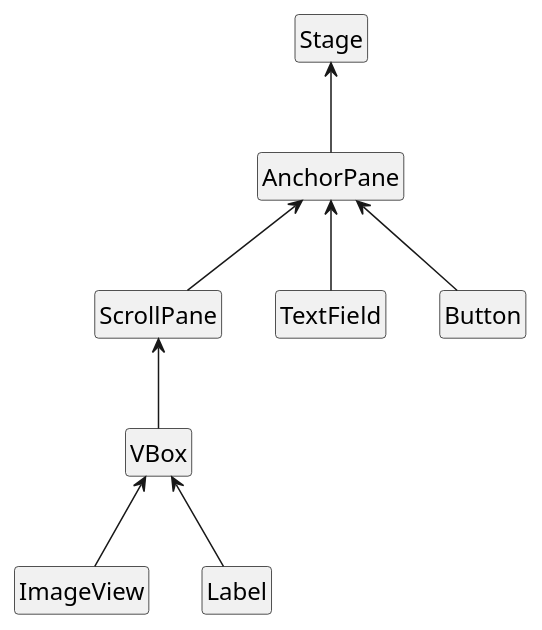
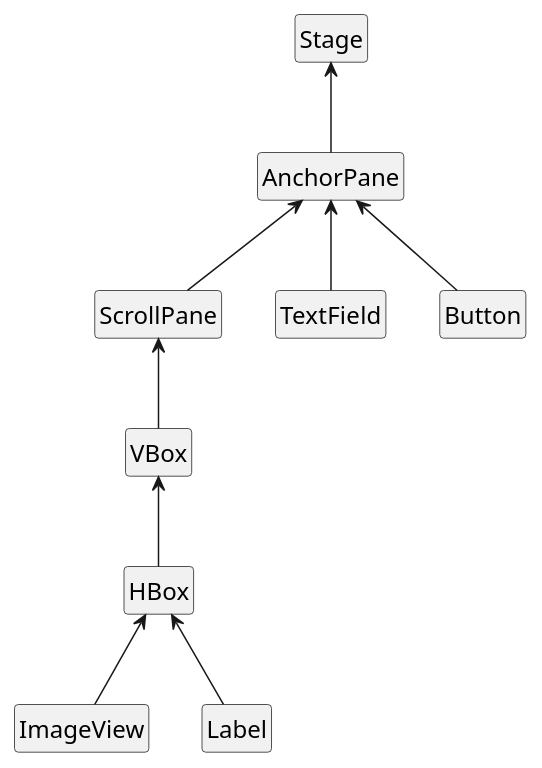
The diagram in tutorials/images/javafx/DukeSceneGraph.puml (se-edu/guides), drawn with PlantUML before and after one commit.

Commit message:
JavaFX tutorial: Add HBox for dialog box (#70)

```diff
--- a/tutorials/images/javafx/DukeSceneGraph.puml
+++ b/tutorials/images/javafx/DukeSceneGraph.puml
@@ -1,24 +1,25 @@
 @startuml
 hide members
 hide circle
 skinparam shadowing false
 skinparam ClassFontSize 16
 skinparam ClassFontName Arial
 
 class Stage
 class AnchorPane
 class ScrollPane
 class VBox
 class ImageView
 class Label
 
 AnchorPane -up-> Stage
 ScrollPane -up-> AnchorPane
 
 TextField -up-> AnchorPane
 Button -up-> AnchorPane
 
 VBox -up-> ScrollPane
-ImageView -up-> VBox
-Label -up-> VBox
+HBox -up-> VBox
+ImageView -up-> HBox
+Label -up-> HBox
 @enduml
```
